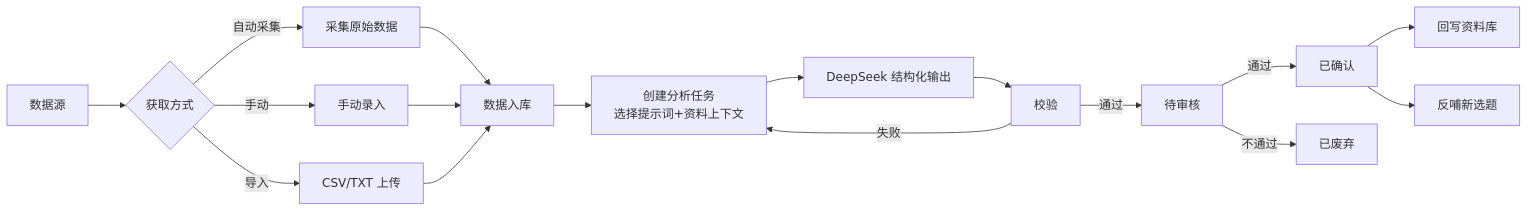
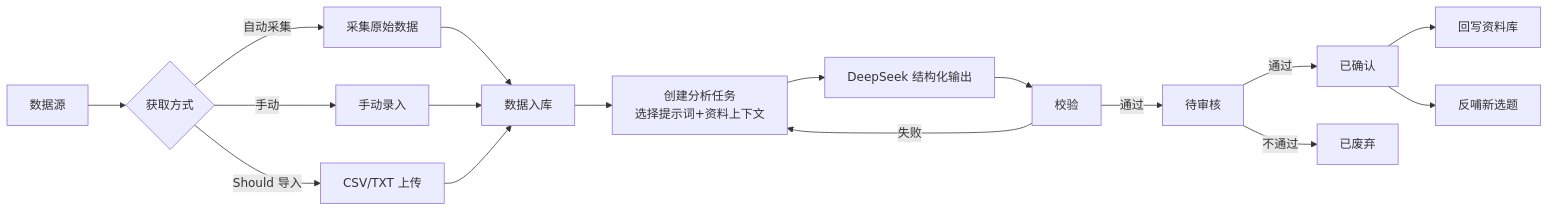
One commit to lophyJessica/forge-scrm changed the first of 2 diagrams in prd-docs/modules/04-数据分析PRD.md. Above: the diagram before and after it, drawn with Mermaid. The commit also changed other lines of this file and 18 other files, not shown here.

Commit message:
docs: 修复审计27项(P0x9/P1x13/P2x5)——口径统一/审核入口/一期权限/Schema对齐

````diff
--- a/prd-docs/modules/04-数据分析PRD.md
+++ b/prd-docs/modules/04-数据分析PRD.md
@@ -28,19 +28,19 @@
 ```mermaid
 flowchart LR
     A[数据源] --> B{获取方式}
     B -->|自动采集| C[采集原始数据]
     B -->|手动| D[手动录入]
-    B -->|导入| E[CSV/TXT 上传]
+    B -->|Should 导入| E[CSV/TXT 上传]
     C --> F[数据入库]
     D --> F
     E --> F
     F --> G[创建分析任务<br/>选择提示词+资料上下文]
     G --> H[DeepSeek 结构化输出]
     H --> I[校验]
     I -->|失败| G
     I -->|通过| J[待审核]
     J -->|通过| K[已确认]
     K --> L[回写资料库]
     K --> M[反哺新选题]
     J -->|不通过| N[已废弃]
 ```
````
